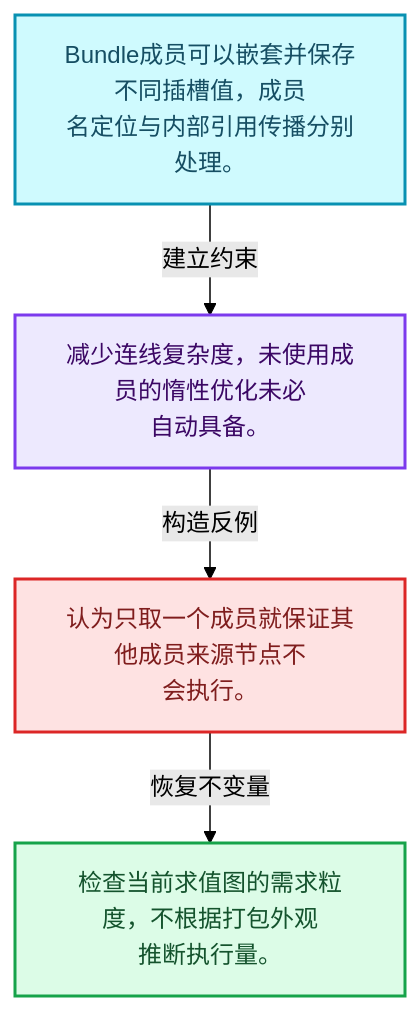
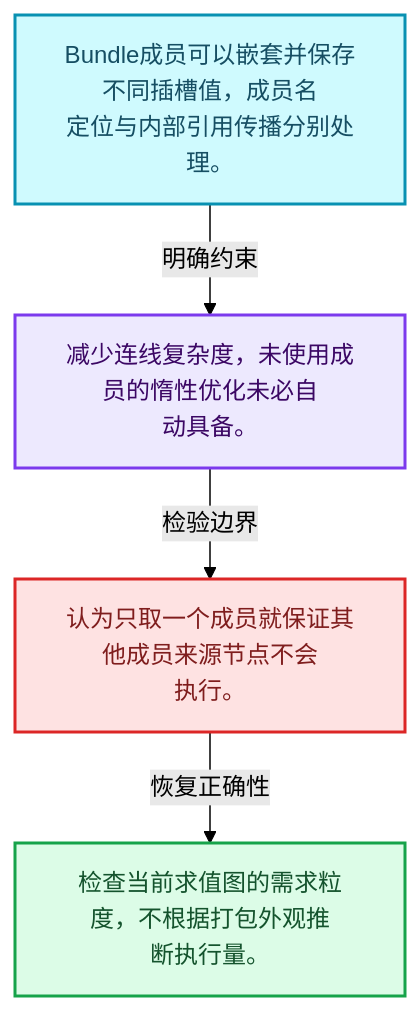
The first of 4 diagrams in 杂/markdown/全面学习-codex/10-引用生命周期与Closure/05-Bundle值组合.md (yunkezengren/blender-.vscode), drawn with Mermaid (forest theme) before and after one commit. The commit also changed other lines of this file and 1930 other files, not shown here.

````diff
--- a/杂/markdown/全面学习-codex/10-引用生命周期与Closure/05-Bundle值组合.md
+++ b/杂/markdown/全面学习-codex/10-引用生命周期与Closure/05-Bundle值组合.md
@@ -29,16 +29,16 @@
 ```mermaid
 flowchart TB
-  M["Bundle成员可以嵌套并保存不同插槽值，成员<br/>名定位与内部引用传播分别处理。"]:::data
-  T["减少连线复杂度，未使用成员的惰性优化未必<br/>自动具备。"]:::abstraction
-  X["认为只取一个成员就保证其他成员来源节点不<br/>会执行。"]:::error
-  A["检查当前求值图的需求粒度，不根据打包外观<br/>推断执行量。"]:::result
-  M -->|"建立约束"| T
-  T -->|"构造反例"| X
-  X -->|"恢复不变量"| A
+  M["Bundle成员可以嵌套并保存不同插槽值，成员名<br/>定位与内部引用传播分别处理。"]:::data
+  C["减少连线复杂度，未使用成员的惰性优化未必自<br/>动具备。"]:::abstraction
+  B["认为只取一个成员就保证其他成员来源节点不会<br/>执行。"]:::error
+  R["检查当前求值图的需求粒度，不根据打包外观推<br/>断执行量。"]:::result
+  M -->|"明确约束"| C
+  C -->|"检验边界"| B
+  B -->|"恢复正确性"| R
   classDef input fill:#DBEAFE,stroke:#2563EB,color:#172554,stroke-width:2px;
   classDef data fill:#CFFAFE,stroke:#0891B2,color:#164E63,stroke-width:2px;
   classDef abstraction fill:#EDE9FE,stroke:#7C3AED,color:#3B0764,stroke-width:2px;
   classDef compute fill:#FEF3C7,stroke:#D97706,color:#78350F,stroke-width:2px;
   classDef result fill:#DCFCE7,stroke:#16A34A,color:#14532D,stroke-width:2px;
   classDef error fill:#FEE2E2,stroke:#DC2626,color:#7F1D1D,stroke-width:2px;
 ```
````
